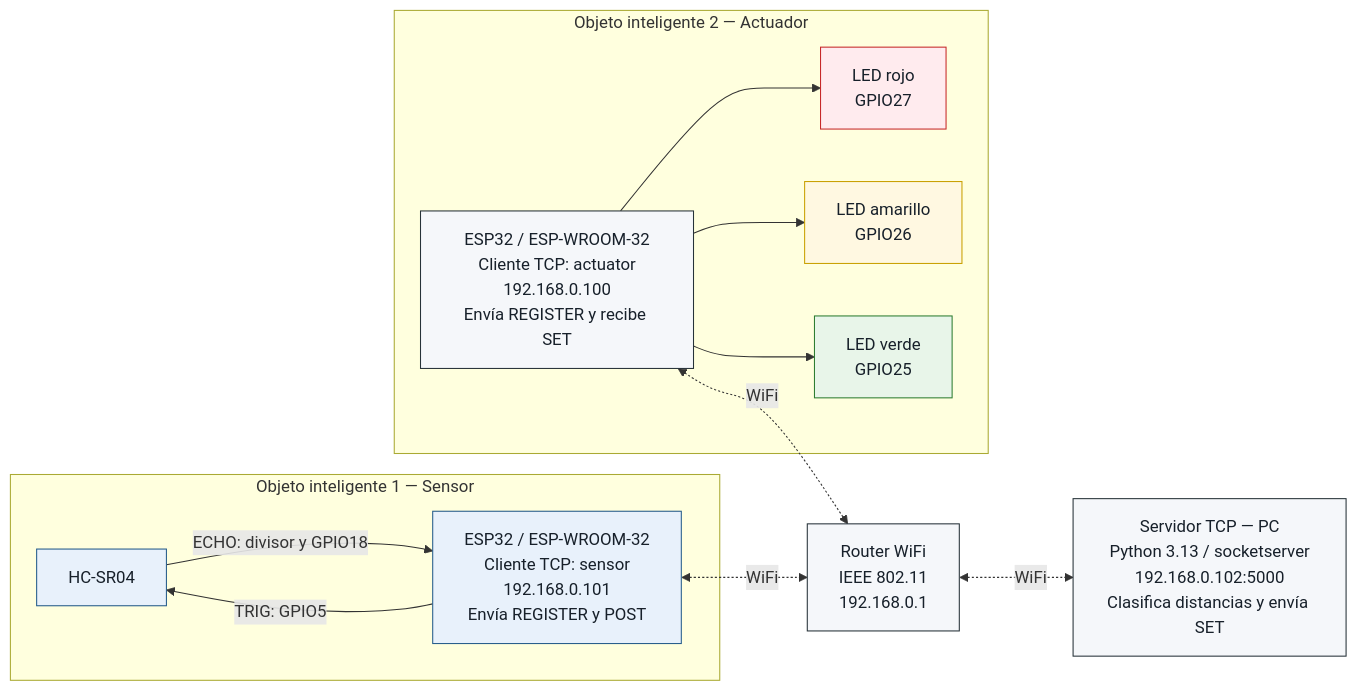
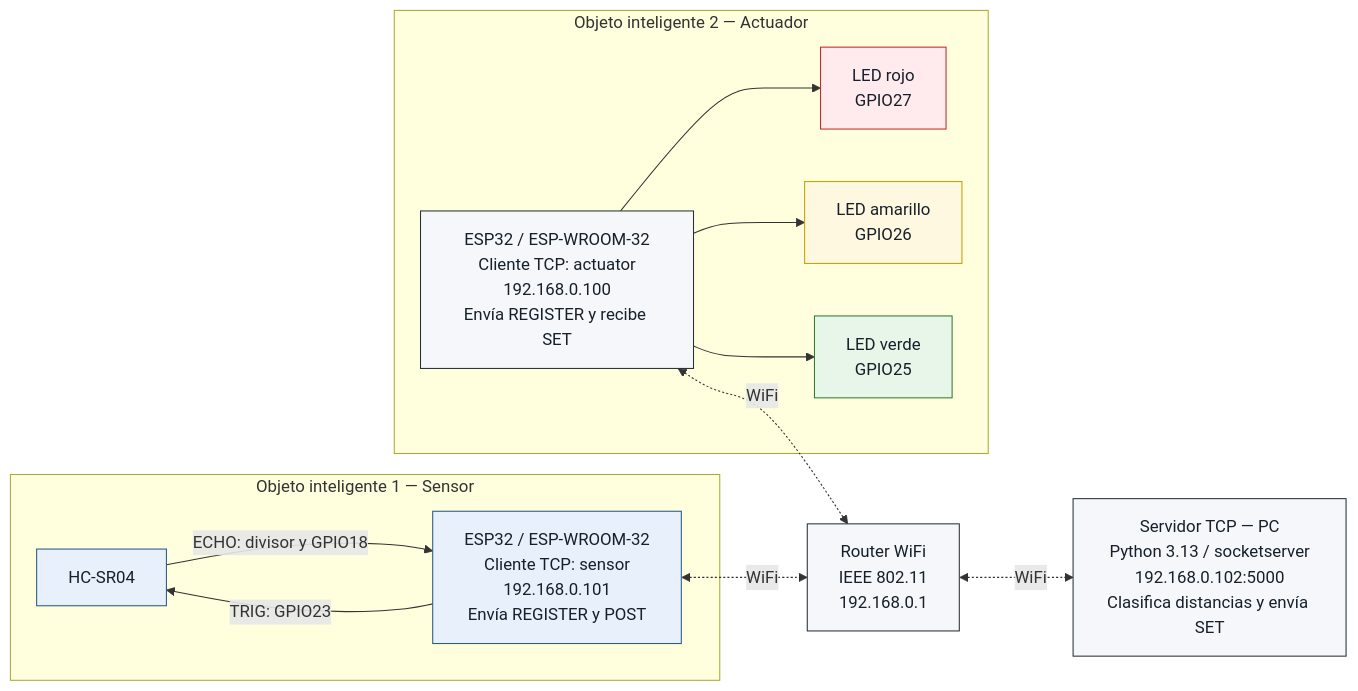
Before and after one commit to JustAdrianMercado/Integracion-de-Objetos-Inteligentes-con-TCP-IP: the first of 4 diagrams in docs/diagramas/Diseno_del_sistema.md, drawn with Mermaid. The commit also changed other lines of this file and 21 other files, not shown here.

````diff
--- a/docs/diagramas/Diseno_del_sistema.md
+++ b/docs/diagramas/Diseno_del_sistema.md
@@ -16,37 +16,37 @@
 ```mermaid
 flowchart LR
     subgraph SENSOR["Objeto inteligente 1 — Sensor"]
         HC["HC-SR04"]
         ESP_S["ESP32 / ESP-WROOM-32<br/>Cliente TCP: sensor<br/>192.168.0.101<br/>Envía REGISTER y POST"]
-        ESP_S -->|TRIG: GPIO5| HC
+        ESP_S -->|TRIG: GPIO23| HC
         HC -->|ECHO: divisor y GPIO18| ESP_S
     end
 
     ROUTER["Router WiFi<br/>IEEE 802.11<br/>192.168.0.1"]
     PC["Servidor TCP — PC<br/>Python 3.13 / socketserver<br/>192.168.0.102:5000<br/>Clasifica distancias y envía SET"]
 
     subgraph ACTUADOR["Objeto inteligente 2 — Actuador"]
         ESP_A["ESP32 / ESP-WROOM-32<br/>Cliente TCP: actuator<br/>192.168.0.100<br/>Envía REGISTER y recibe SET"]
         LR["LED rojo<br/>GPIO27"]
         LA["LED amarillo<br/>GPIO26"]
         LV["LED verde<br/>GPIO25"]
         ESP_A --> LR
         ESP_A --> LA
         ESP_A --> LV
     end
 
     ESP_S <-.->|WiFi| ROUTER
     ESP_A <-.->|WiFi| ROUTER
     ROUTER <-.->|WiFi| PC
 
     classDef sensor fill:#e8f1fb,stroke:#245b8a,color:#17202a;
     classDef equipo fill:#f5f7fa,stroke:#263238,color:#17202a;
     classDef rojo fill:#ffebee,stroke:#c62828,color:#17202a;
     classDef amarillo fill:#fff8e1,stroke:#c9a000,color:#17202a;
     classDef verde fill:#e8f5e9,stroke:#2e7d32,color:#17202a;
     class HC,ESP_S sensor;
     class ROUTER,PC,ESP_A equipo;
     class LR rojo;
     class LA amarillo;
     class LV verde;
 ```
````
